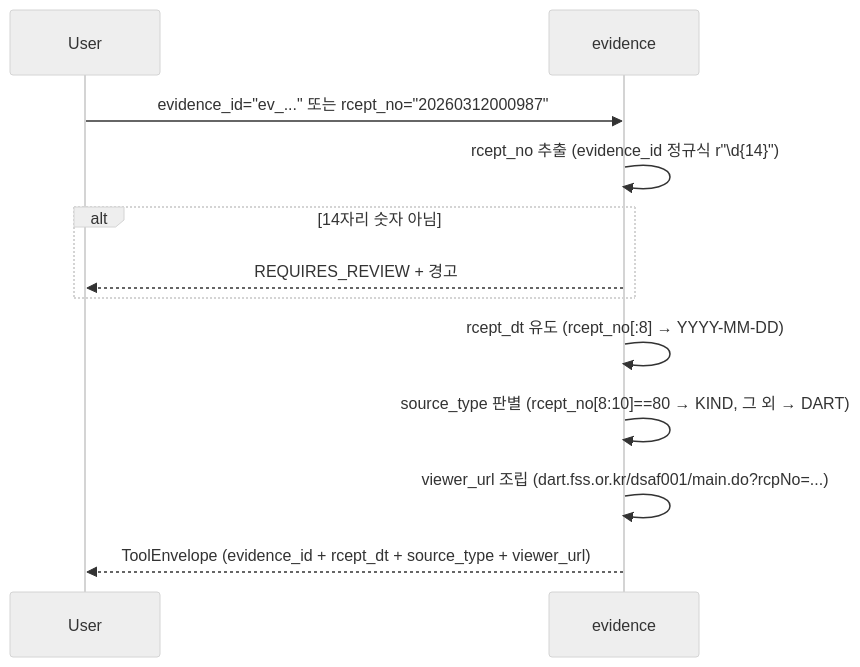
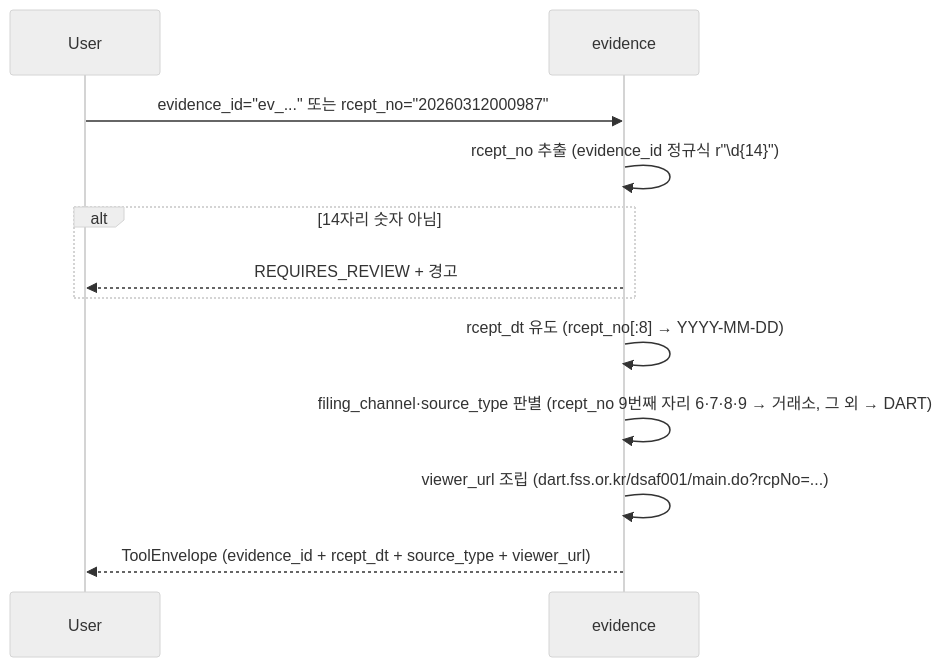
Before and after one commit to MarcoYou/open-proxy-mcp: the diagram in wiki/tools/evidence.md, drawn with Mermaid (neutral theme). The commit also changed other lines of this file and 20 other files, not shown here.

````diff
--- a/wiki/tools/evidence.md
+++ b/wiki/tools/evidence.md
@@ -62,14 +65,14 @@
 ```mermaid
 sequenceDiagram
     participant U as User
     participant T as evidence
     U->>T: evidence_id="ev_..." 또는 rcept_no="20260312000987"
     T->>T: rcept_no 추출 (evidence_id 정규식 r"\d{14}")
     alt 14자리 숫자 아님
         T-->>U: REQUIRES_REVIEW + 경고
     end
     T->>T: rcept_dt 유도 (rcept_no[:8] → YYYY-MM-DD)
-    T->>T: source_type 판별 (rcept_no[8:10]==80 → KIND, 그 외 → DART)
+    T->>T: filing_channel·source_type 판별 (rcept_no 9번째 자리 6·7·8·9 → 거래소, 그 외 → DART)
     T->>T: viewer_url 조립 (dart.fss.or.kr/dsaf001/main.do?rcpNo=...)
     T-->>U: ToolEnvelope (evidence_id + rcept_dt + source_type + viewer_url)
 ```
````
